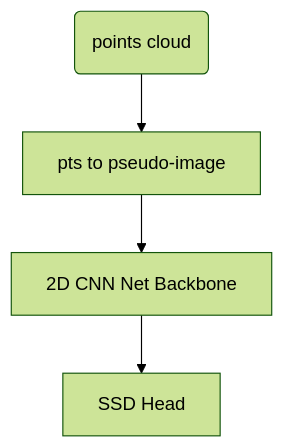
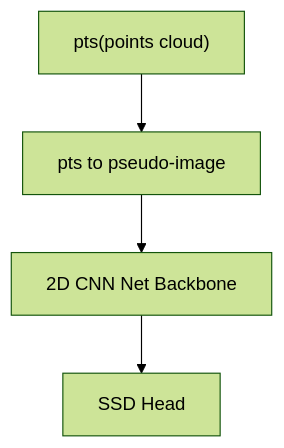
Before and after one commit to lvsolo/PaperMod: the second of 3 diagrams in content/posts/paper_reading/PointPillar.md, drawn with Mermaid (forest theme). The commit also changed other lines of this file and 17 other files, not shown here.

````diff
--- a/content/posts/paper_reading/PointPillar.md
+++ b/content/posts/paper_reading/PointPillar.md
@@ -22,6 +24,6 @@
-{{< mermaid >}}
-graph TB
-    pts(points cloud) --> A[pts to pseudo-image]
+```mermaid
+graph TD
+    I["pts(points cloud)"] --> A[pts to pseudo-image]
     A --> B[2D CNN Net Backbone]
-    B -->C[SSD Head]
-{{< /mermaid >}}
+    B --> C[SSD Head]
+```
````
